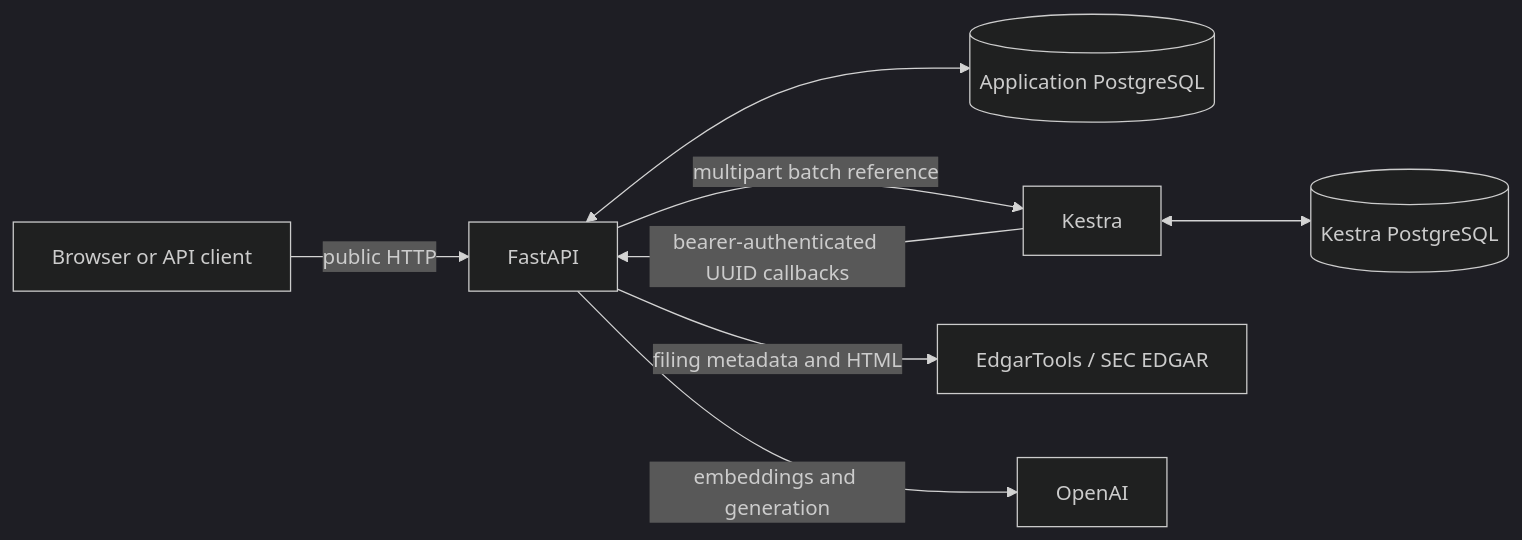
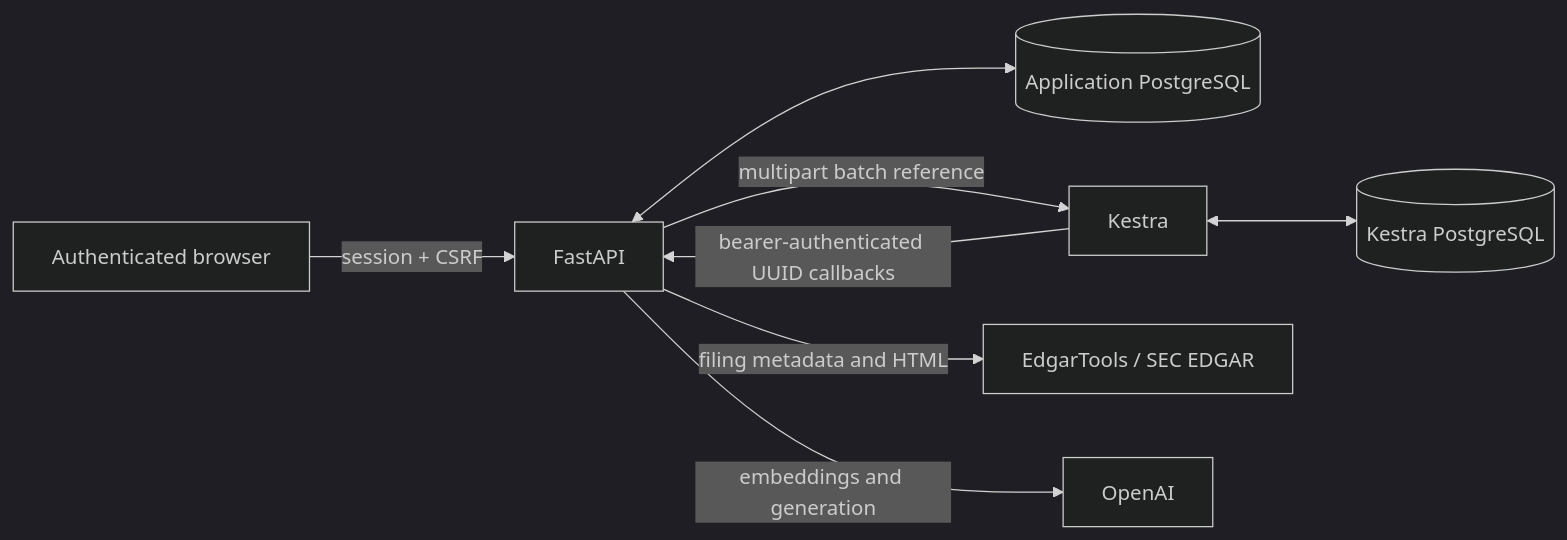
One commit to hongchit/sec-filing-rag-poc changed the first of 4 diagrams in docs/architecture.md. Above: the diagram before and after it, drawn with Mermaid (dark theme). The commit also changed other lines of this file and 65 other files, not shown here.

````diff
--- a/docs/architecture.md
+++ b/docs/architecture.md
@@ -10,10 +10,10 @@
 ```mermaid
 flowchart LR
-  U[Browser or API client] -->|public HTTP| A[FastAPI]
+  U[Authenticated browser] -->|session + CSRF| A[FastAPI]
   A <--> D[(Application PostgreSQL)]
   A -->|multipart batch reference| K[Kestra]
   K -->|bearer-authenticated UUID callbacks| A
   A -->|filing metadata and HTML| E[EdgarTools / SEC EDGAR]
   A -->|embeddings and generation| O[OpenAI]
   K <--> KD[(Kestra PostgreSQL)]
 ```
````
